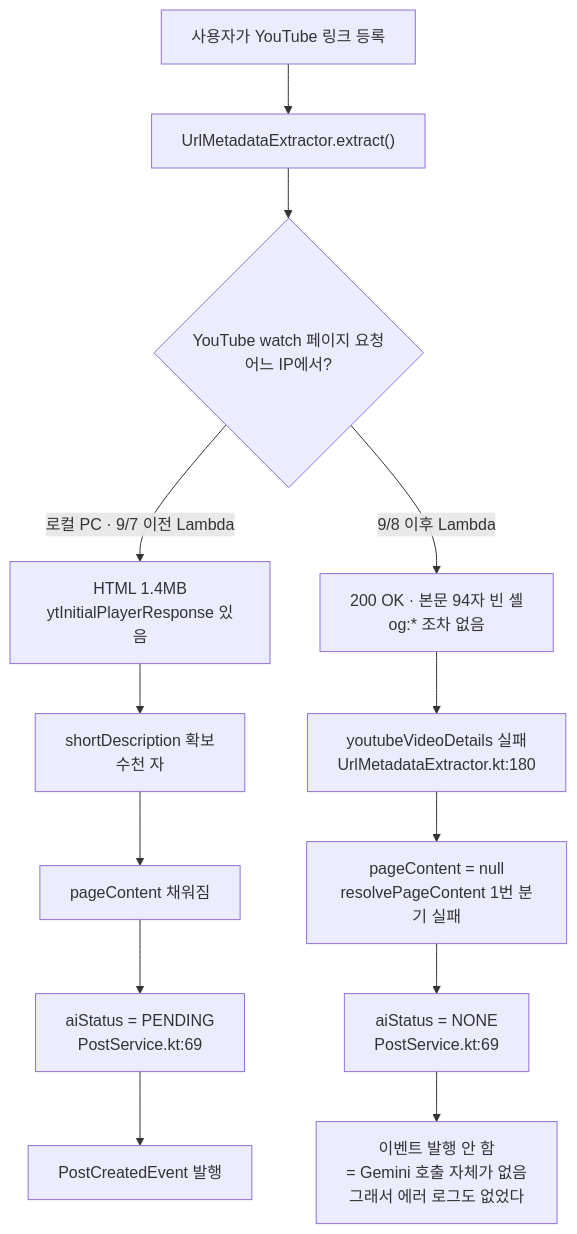
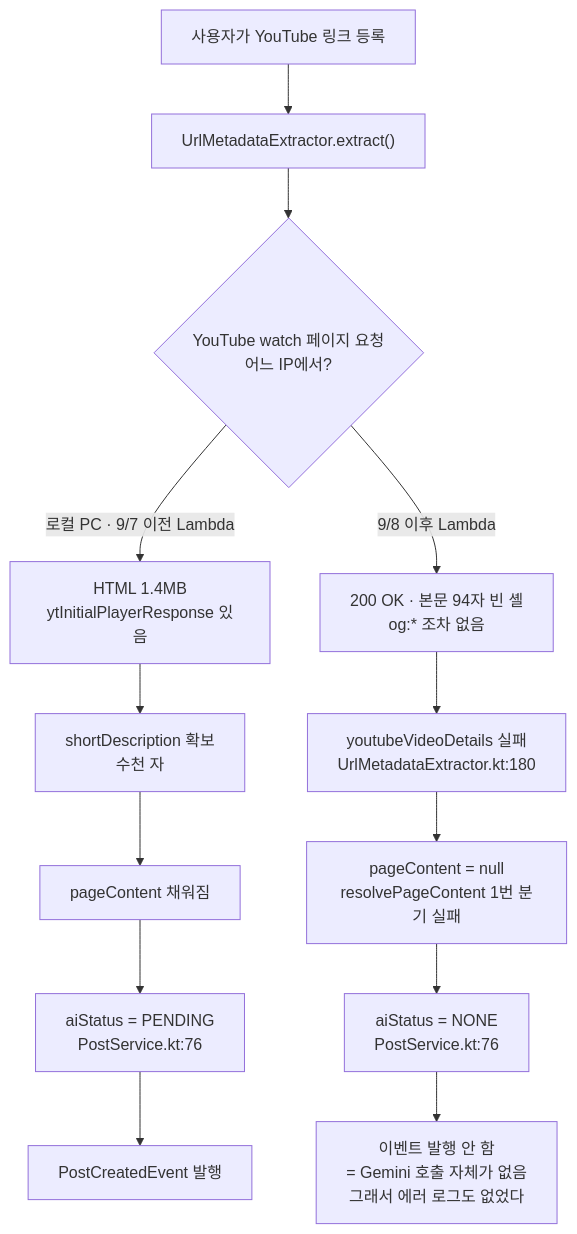
Before and after one commit to BAECHAN/link-sphere_BE_NEW: the first of 3 diagrams in docs/AI-ASYNC-PROCESSING.md, drawn with Mermaid. The commit also changed 41 other files, not shown here.

````diff
--- a/docs/AI-ASYNC-PROCESSING.md
+++ b/docs/AI-ASYNC-PROCESSING.md
@@ -574,20 +574,20 @@
 ```mermaid
 flowchart TD
     A["사용자가 YouTube 링크 등록"] --> B["UrlMetadataExtractor.extract()"]
     B --> C{"YouTube watch 페이지 요청<br/>어느 IP에서?"}
 
     C -->|"로컬 PC · 9/7 이전 Lambda"| D["HTML 1.4MB<br/>ytInitialPlayerResponse 있음"]
     C -->|"9/8 이후 Lambda"| E["200 OK · 본문 94자 빈 셸<br/>og:* 조차 없음"]
 
     D --> F["shortDescription 확보<br/>수천 자"]
     E --> G["youtubeVideoDetails 실패<br/>UrlMetadataExtractor.kt:180"]
 
     F --> H["pageContent 채워짐"]
     G --> I["pageContent = null<br/>resolvePageContent 1번 분기 실패"]
 
-    H --> J["aiStatus = PENDING<br/>PostService.kt:69"]
-    I --> K["aiStatus = NONE<br/>PostService.kt:69"]
+    H --> J["aiStatus = PENDING<br/>PostService.kt:76"]
+    I --> K["aiStatus = NONE<br/>PostService.kt:76"]
 
     J --> L["PostCreatedEvent 발행"]
     K --> M["이벤트 발행 안 함<br/>= Gemini 호출 자체가 없음<br/>그래서 에러 로그도 없었다"]
 ```
````
